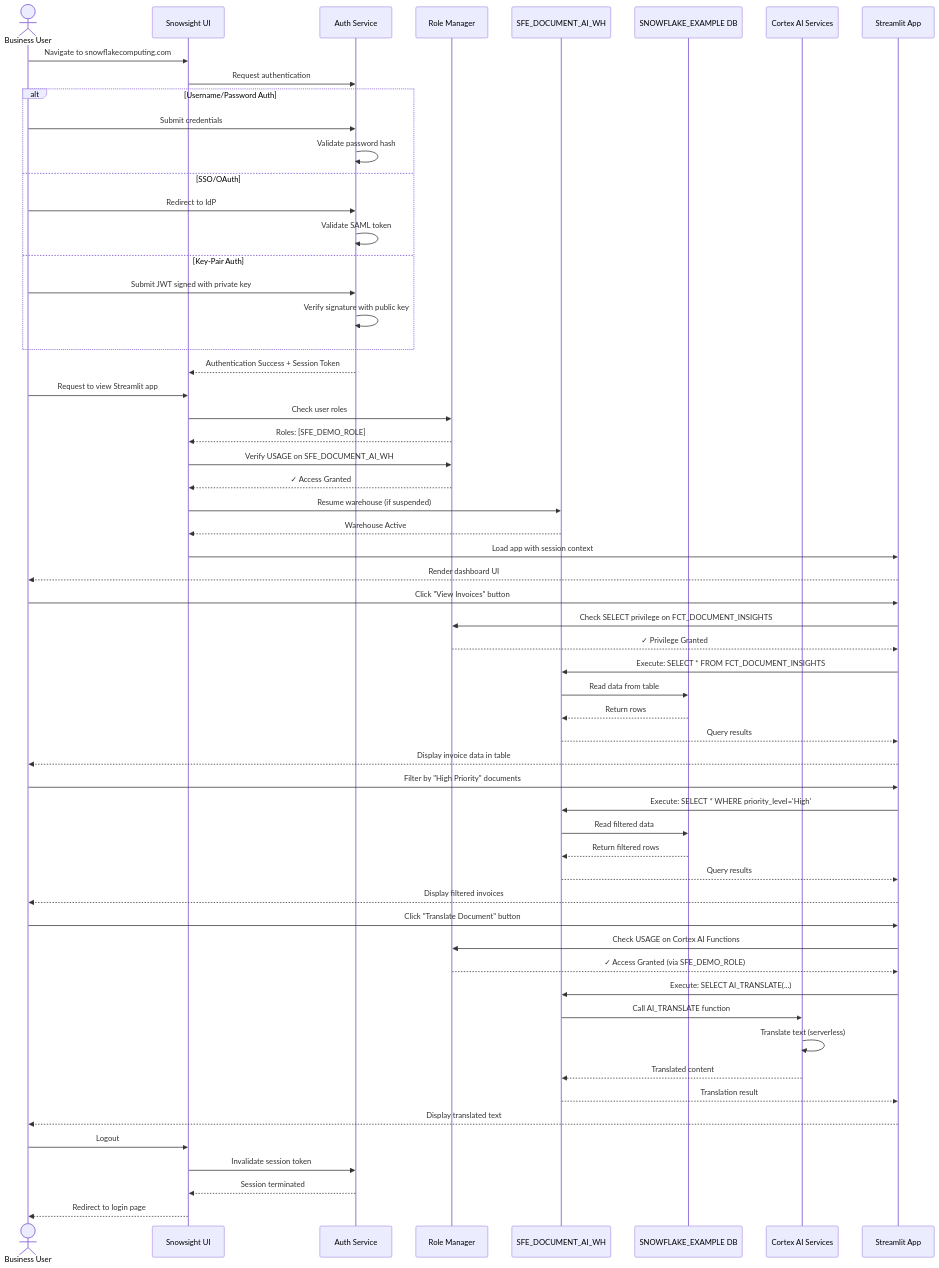
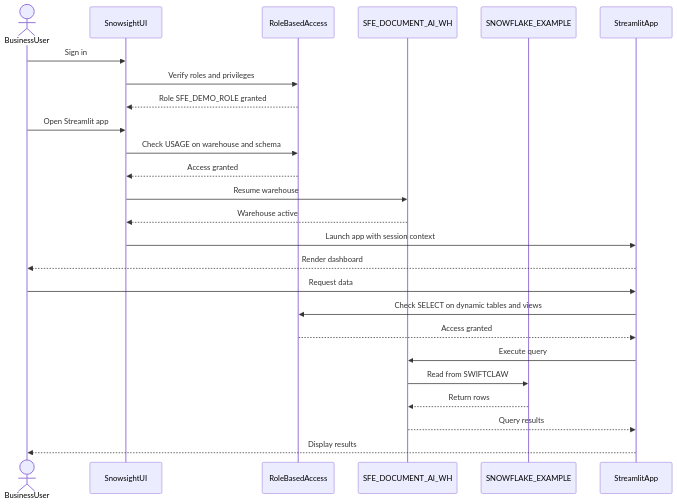
One commit to sfc-gh-miwhitaker/swiftclaw changed the diagram in diagrams/auth-flow.md. Above: the diagram before and after it, drawn with Mermaid. The commit also changed other lines of this file and 22 other files, not shown here.

````diff
--- a/diagrams/auth-flow.md
+++ b/diagrams/auth-flow.md
@@ -17,73 +17,33 @@
 ```mermaid
 sequenceDiagram
-    actor User as Business User
-    participant Snowsight as Snowsight UI
-    participant Auth as Auth Service
-    participant RBAC as Role Manager
+    actor User as BusinessUser
+    participant Snowsight as SnowsightUI
+    participant RBAC as RoleBasedAccess
     participant WH as SFE_DOCUMENT_AI_WH
-    participant DB as SNOWFLAKE_EXAMPLE DB
-    participant AI as Cortex AI Services
-    participant Streamlit as Streamlit App
+    participant DB as SNOWFLAKE_EXAMPLE
+    participant Streamlit as StreamlitApp
 
-    User->>Snowsight: Navigate to snowflakecomputing.com
-    Snowsight->>Auth: Request authentication
+    User->>Snowsight: Sign in
+    Snowsight->>RBAC: Verify roles and privileges
+    RBAC-->>Snowsight: Role SFE_DEMO_ROLE granted
 
-    alt Username/Password Auth
-        User->>Auth: Submit credentials
-        Auth->>Auth: Validate password hash
-    else SSO/OAuth
-        User->>Auth: Redirect to IdP
-        Auth->>Auth: Validate SAML token
-    else Key-Pair Auth
-        User->>Auth: Submit JWT signed with private key
-        Auth->>Auth: Verify signature with public key
-    end
+    User->>Snowsight: Open Streamlit app
+    Snowsight->>RBAC: Check USAGE on warehouse and schema
+    RBAC-->>Snowsight: Access granted
 
-    Auth-->>Snowsight: Authentication Success + Session Token
+    Snowsight->>WH: Resume warehouse
+    WH-->>Snowsight: Warehouse active
 
-    User->>Snowsight: Request to view Streamlit app
-    Snowsight->>RBAC: Check user roles
-    RBAC-->>Snowsight: Roles: [SFE_DEMO_ROLE]
+    Snowsight->>Streamlit: Launch app with session context
+    Streamlit-->>User: Render dashboard
 
-    Snowsight->>RBAC: Verify USAGE on SFE_DOCUMENT_AI_WH
-    RBAC-->>Snowsight: ✓ Access Granted
+    User->>Streamlit: Request data
+    Streamlit->>RBAC: Check SELECT on dynamic tables and views
+    RBAC-->>Streamlit: Access granted
 
-    Snowsight->>WH: Resume warehouse (if suspended)
-    WH-->>Snowsight: Warehouse Active
-
-    Snowsight->>Streamlit: Load app with session context
-    Streamlit-->>User: Render dashboard UI
-
-    User->>Streamlit: Click "View Invoices" button
-    Streamlit->>RBAC: Check SELECT privilege on FCT_DOCUMENT_INSIGHTS
-    RBAC-->>Streamlit: ✓ Privilege Granted
-
-    Streamlit->>WH: Execute: SELECT * FROM FCT_DOCUMENT_INSIGHTS
-    WH->>DB: Read data from table
+    Streamlit->>WH: Execute query
+    WH->>DB: Read from SWIFTCLAW
     DB-->>WH: Return rows
     WH-->>Streamlit: Query results
-    Streamlit-->>User: Display invoice data in table
-
-    User->>Streamlit: Filter by "High Priority" documents
-    Streamlit->>WH: Execute: SELECT * WHERE priority_level='High'
-    WH->>DB: Read filtered data
-    DB-->>WH: Return filtered rows
-    WH-->>Streamlit: Query results
-    Streamlit-->>User: Display filtered invoices
-
-    User->>Streamlit: Click "Translate Document" button
-    Streamlit->>RBAC: Check USAGE on Cortex AI Functions
-    RBAC-->>Streamlit: ✓ Access Granted (via SFE_DEMO_ROLE)
-
-    Streamlit->>WH: Execute: SELECT AI_TRANSLATE(...)
-    WH->>AI: Call AI_TRANSLATE function
-    AI->>AI: Translate text (serverless)
-    AI-->>WH: Translated content
-    WH-->>Streamlit: Translation result
-    Streamlit-->>User: Display translated text
-
-    User->>Snowsight: Logout
-    Snowsight->>Auth: Invalidate session token
-    Auth-->>Snowsight: Session terminated
-    Snowsight-->>User: Redirect to login page
+    Streamlit-->>User: Display results
 ```
````
